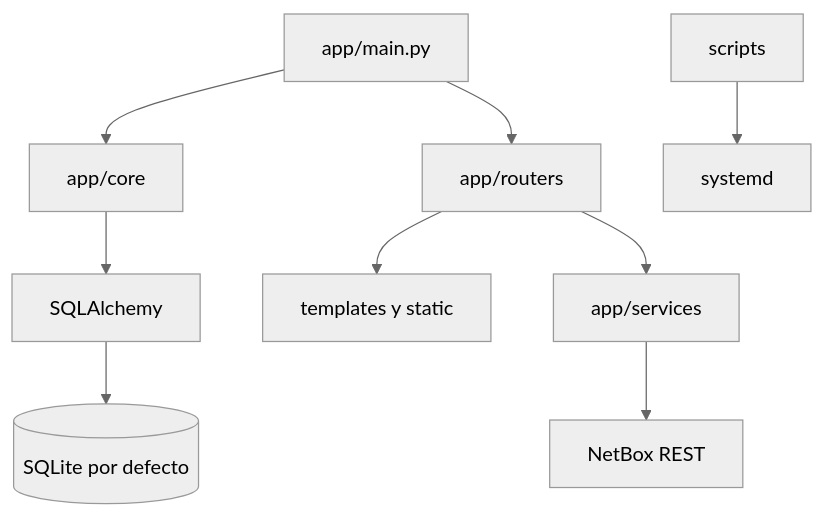
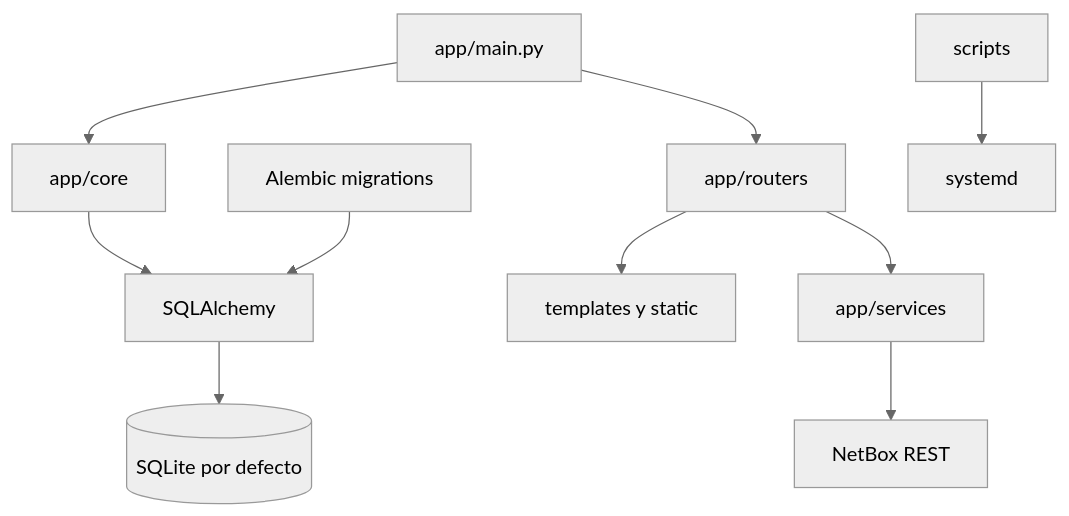
The second of 2 diagrams in docs/ARCHITECTURE.md (tito9903-byte/netdoc), drawn with Mermaid (neutral theme) before and after one commit. The commit also changed other lines of this file, not shown here.

Commit message:
docs: describe Alembic migration architecture

````diff
--- a/docs/ARCHITECTURE.md
+++ b/docs/ARCHITECTURE.md
@@ -16,11 +16,12 @@
 ```mermaid
 flowchart TB
   M[app/main.py] --> C[app/core]
   M --> R[app/routers]
   R --> S[app/services]
   R --> T[templates y static]
   S --> B[NetBox REST]
   C --> DB[SQLAlchemy]
   DB --> L[(SQLite por defecto)]
+  MIG[Alembic migrations] --> DB
   DPL[scripts] --> SYS[systemd]
 ```
````
